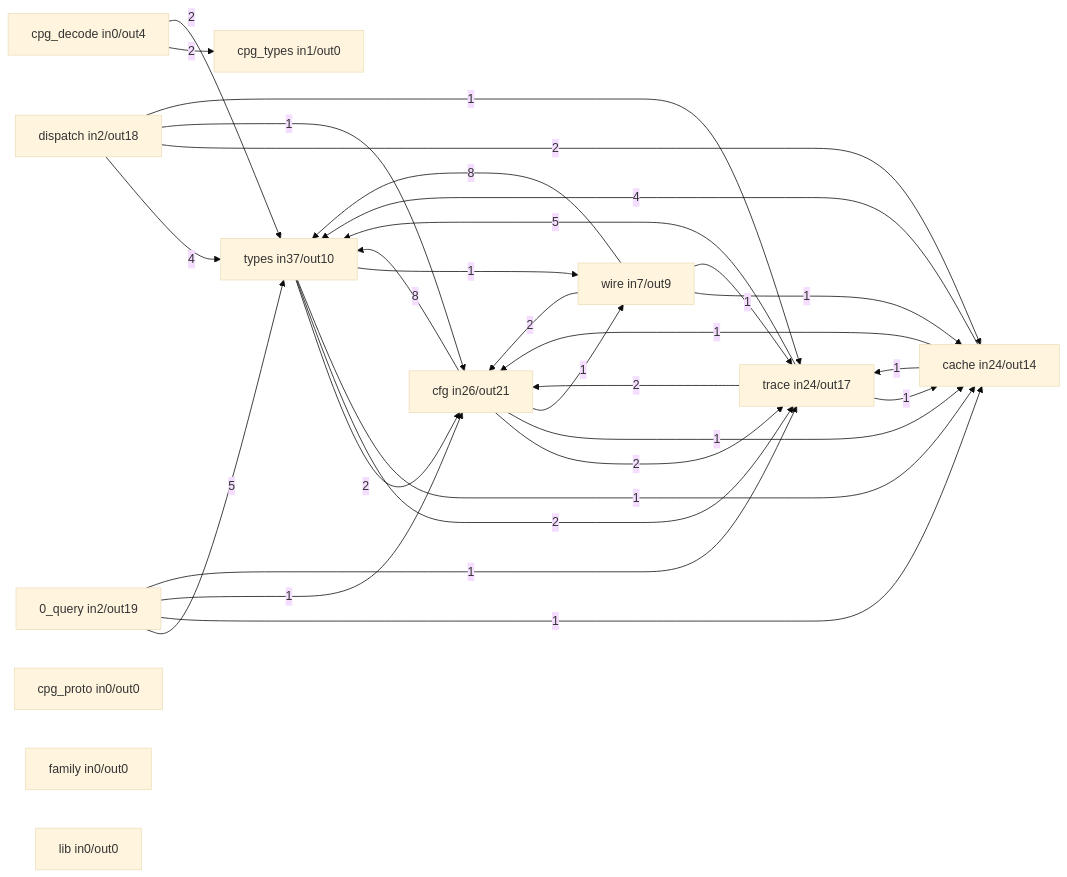
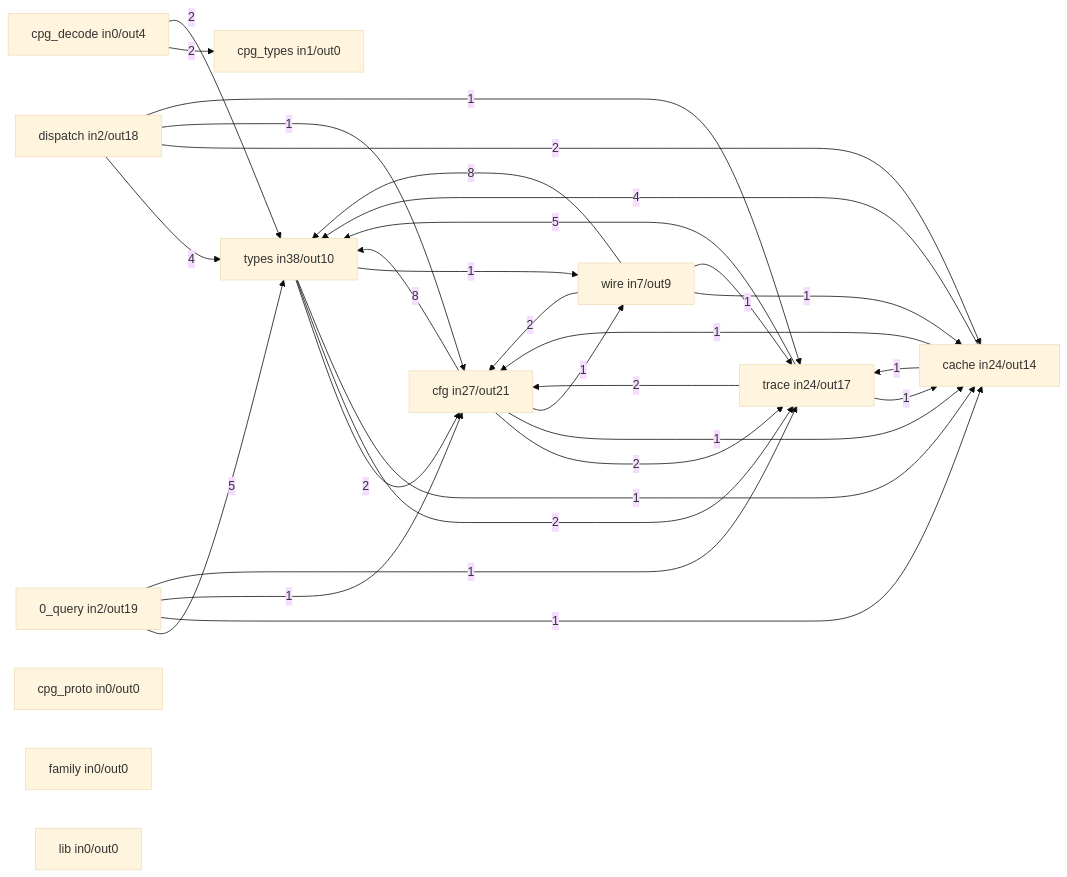
Before and after one commit to hafley66/sprefa: the second of 5 diagrams in docs/selfdoc/extract.md, drawn with Mermaid (base theme). The commit also changed other lines of this file and 1 other file, not shown here.

````diff
--- a/docs/selfdoc/extract.md
+++ b/docs/selfdoc/extract.md
@@ -71,43 +71,43 @@
 ```mermaid
 flowchart LR
-  n1["types  in37/out10"]
-  n2["cfg  in26/out21"]
+  n1["types  in38/out10"]
+  n2["cfg  in27/out21"]
   n3["trace  in24/out17"]
   n4["cache  in24/out14"]
   n5["wire  in7/out9"]
   n6["0_query  in2/out19"]
   n7["dispatch  in2/out18"]
   n8["cpg_types  in1/out0"]
   n9["cpg_decode  in0/out4"]
   n10["cpg_proto  in0/out0"]
   n11["family  in0/out0"]
   n12["lib  in0/out0"]
   n2 -->|8| n1
   n5 -->|8| n1
   n6 -->|5| n1
   n3 -->|5| n1
   n4 -->|4| n1
   n7 -->|4| n1
   n2 -->|2| n3
   n9 -->|2| n8
   n9 -->|2| n1
   n7 -->|2| n4
   n3 -->|2| n2
   n1 -->|2| n2
   n1 -->|2| n3
   n5 -->|2| n2
   n6 -->|1| n4
   n6 -->|1| n2
   n6 -->|1| n3
   n4 -->|1| n2
   n4 -->|1| n3
   n2 -->|1| n4
   n2 -->|1| n5
   n7 -->|1| n2
   n7 -->|1| n3
   n3 -->|1| n4
   n1 -->|1| n4
   n1 -->|1| n5
   n5 -->|1| n4
   n5 -->|1| n3
 ```
````
